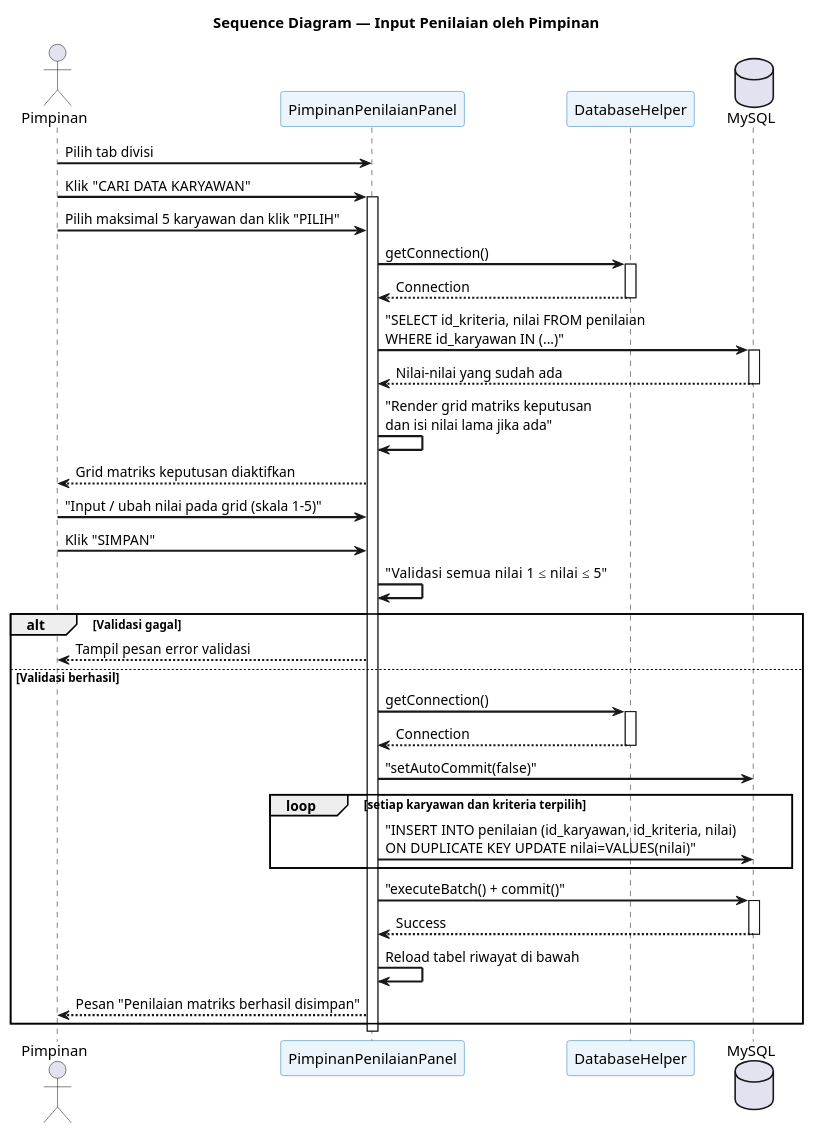
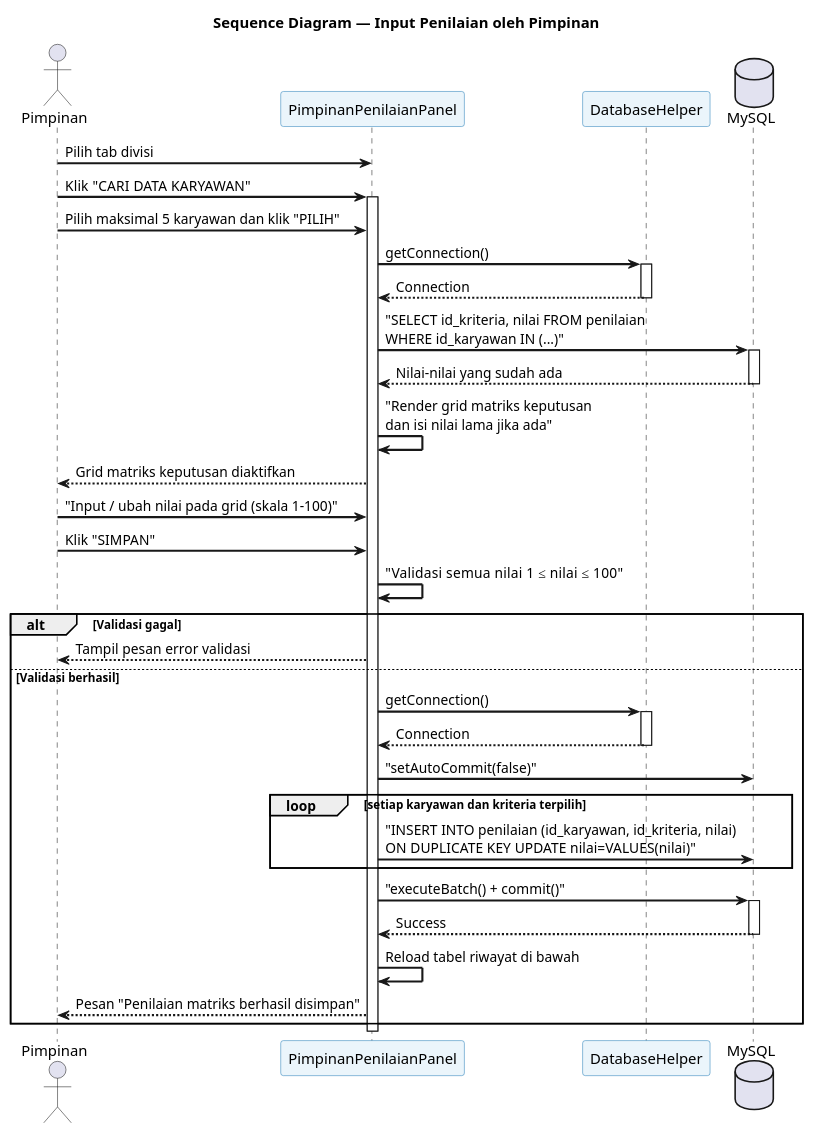
The eighth of 14 diagrams in BAB4_DIAGRAM.md (caidenrev/spk-bri-2.0), drawn with PlantUML before and after one commit. The commit also changed other lines of this file and 4 other files, not shown here.

````diff
--- a/BAB4_DIAGRAM.md
+++ b/BAB4_DIAGRAM.md
@@ -406,57 +405,57 @@
 ```plantuml
 @startuml SequencePenilaianPimpinan
 skinparam sequenceArrowThickness 2
 skinparam sequenceParticipantBackgroundColor #EBF5FB
 skinparam sequenceParticipantBorderColor #2980B9
 title Sequence Diagram — Input Penilaian oleh Pimpinan
 
 actor Pimpinan as user
 participant "PimpinanPenilaianPanel" as panel
 participant "DatabaseHelper" as db
 database "MySQL" as mysql
 
 user -> panel : Pilih tab divisi
 user -> panel : Klik "CARI DATA KARYAWAN"
 activate panel
 user -> panel : Pilih maksimal 5 karyawan dan klik "PILIH"
 
 panel -> db : getConnection()
 activate db
 db --> panel : Connection
 deactivate db
 
 panel -> mysql : "SELECT id_kriteria, nilai FROM penilaian\nWHERE id_karyawan IN (...)"
 activate mysql
 mysql --> panel : Nilai-nilai yang sudah ada
 deactivate mysql
 
 panel -> panel : "Render grid matriks keputusan\ndan isi nilai lama jika ada"
 panel --> user : Grid matriks keputusan diaktifkan
 
-user -> panel : "Input / ubah nilai pada grid (skala 1-5)"
+user -> panel : "Input / ubah nilai pada grid (skala 1-100)"
 user -> panel : Klik "SIMPAN"
 
-panel -> panel : "Validasi semua nilai 1 ≤ nilai ≤ 5"
+panel -> panel : "Validasi semua nilai 1 ≤ nilai ≤ 100"
 alt Validasi gagal
   panel --> user : Tampil pesan error validasi
 else Validasi berhasil
   panel -> db : getConnection()
   activate db
   db --> panel : Connection
   deactivate db
 
   panel -> mysql : "setAutoCommit(false)"
   loop setiap karyawan dan kriteria terpilih
     panel -> mysql : "INSERT INTO penilaian (id_karyawan, id_kriteria, nilai)\nON DUPLICATE KEY UPDATE nilai=VALUES(nilai)"
   end
   panel -> mysql : "executeBatch() + commit()"
   activate mysql
   mysql --> panel : Success
   deactivate mysql
 
   panel -> panel : Reload tabel riwayat di bawah
   panel --> user : Pesan "Penilaian matriks berhasil disimpan"
 end
 deactivate panel
 @enduml
 ```
````
